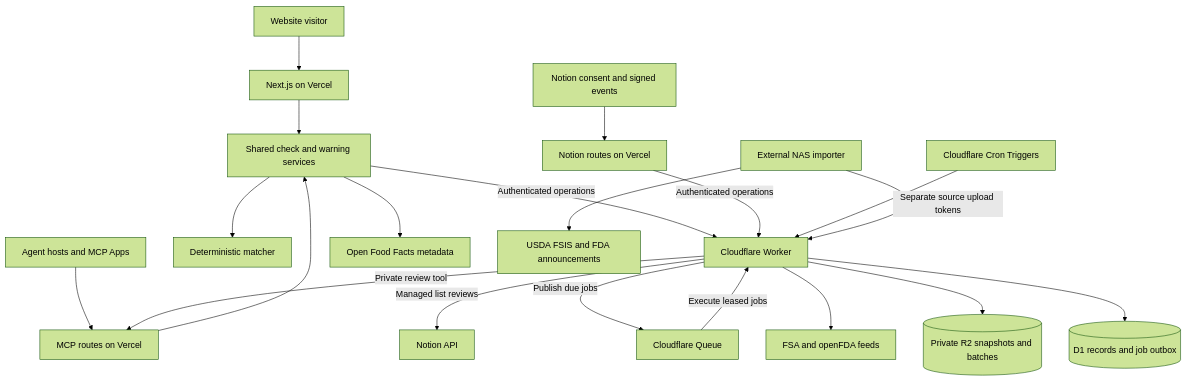
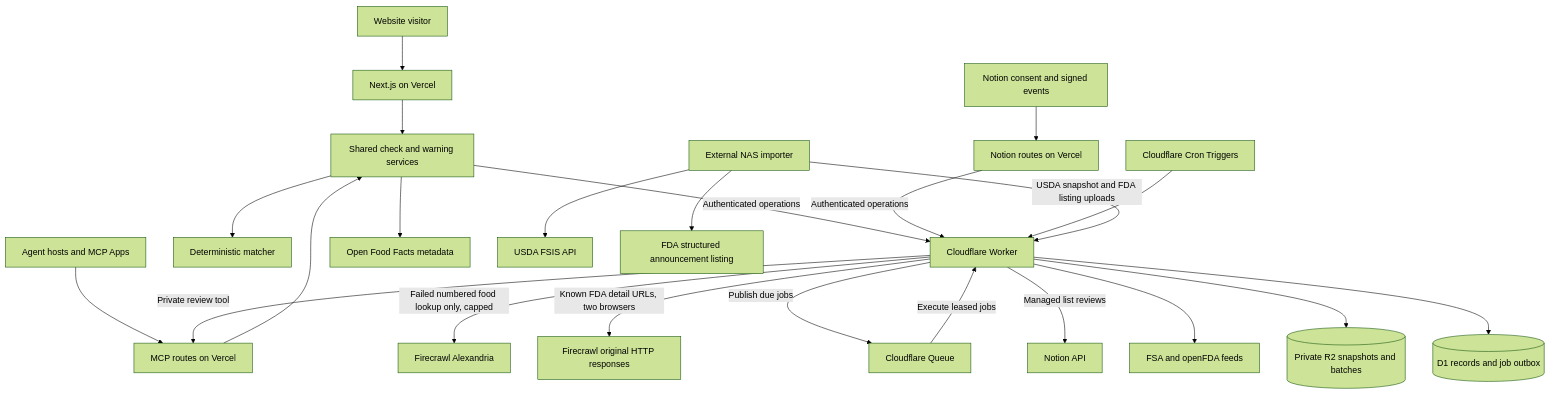
One commit to anthonyhumphreys/eat-or-yeet changed the diagram in docs/architecture.md. Above: the diagram before and after it, drawn with Mermaid (forest theme). The commit also changed other lines of this file and 40 other files, not shown here.

First line of the commit message:
Acknowledge Firecrawl sponsorship and enable hybrid FDA imports (#42)

````diff
--- a/docs/architecture.md
+++ b/docs/architecture.md
@@ -17,22 +17,25 @@
 ```mermaid
 flowchart TB
     Browser[Website visitor] --> Web[Next.js on Vercel]
     Agents[Agent hosts and MCP Apps] --> MCP[MCP routes on Vercel]
     MCP --> Services[Shared check and warning services]
     Web --> Services
     Services --> Matcher[Deterministic matcher]
     Services -->|Authenticated operations| Worker[Cloudflare Worker]
     Services --> OFF[Open Food Facts metadata]
     Notion[Notion consent and signed events] --> Routes[Notion routes on Vercel]
     Routes -->|Authenticated operations| Worker
     Worker --> D1[(D1 records and job outbox)]
     Cron[Cloudflare Cron Triggers] --> Worker
     Worker -->|Publish due jobs| Queue[Cloudflare Queue]
     Queue -->|Execute leased jobs| Worker
     Worker --> R2[(Private R2 snapshots and batches)]
     Worker --> Direct[FSA and openFDA feeds]
     Worker -->|Managed list reviews| NotionAPI[Notion API]
     Worker -->|Private review tool| MCP
-    NAS[External NAS importer] --> Sources[USDA FSIS and FDA announcements]
-    NAS -->|Separate source upload tokens| Worker
+    NAS[External NAS importer] --> USDA[USDA FSIS API]
+    NAS --> Listing[FDA structured announcement listing]
+    NAS -->|USDA snapshot and FDA listing uploads| Worker
+    Worker -->|Known FDA detail URLs, two browsers| Firecrawl[Firecrawl original HTTP responses]
+    Worker -->|Failed numbered food lookup only, capped| Alexandria[Firecrawl Alexandria]
 ```
````
